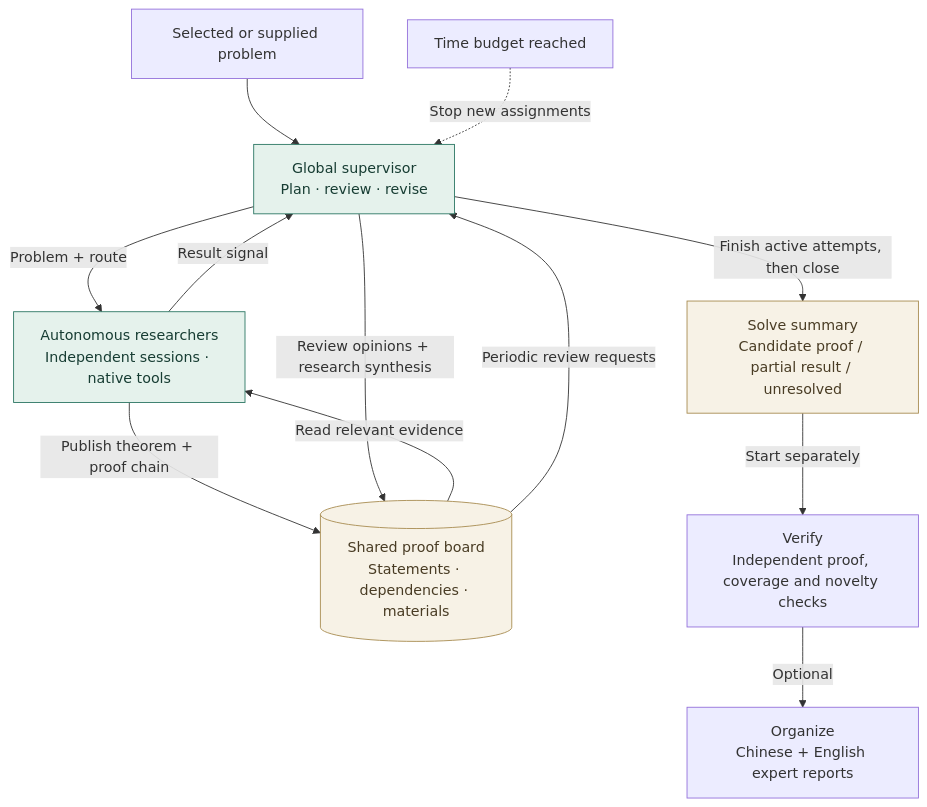
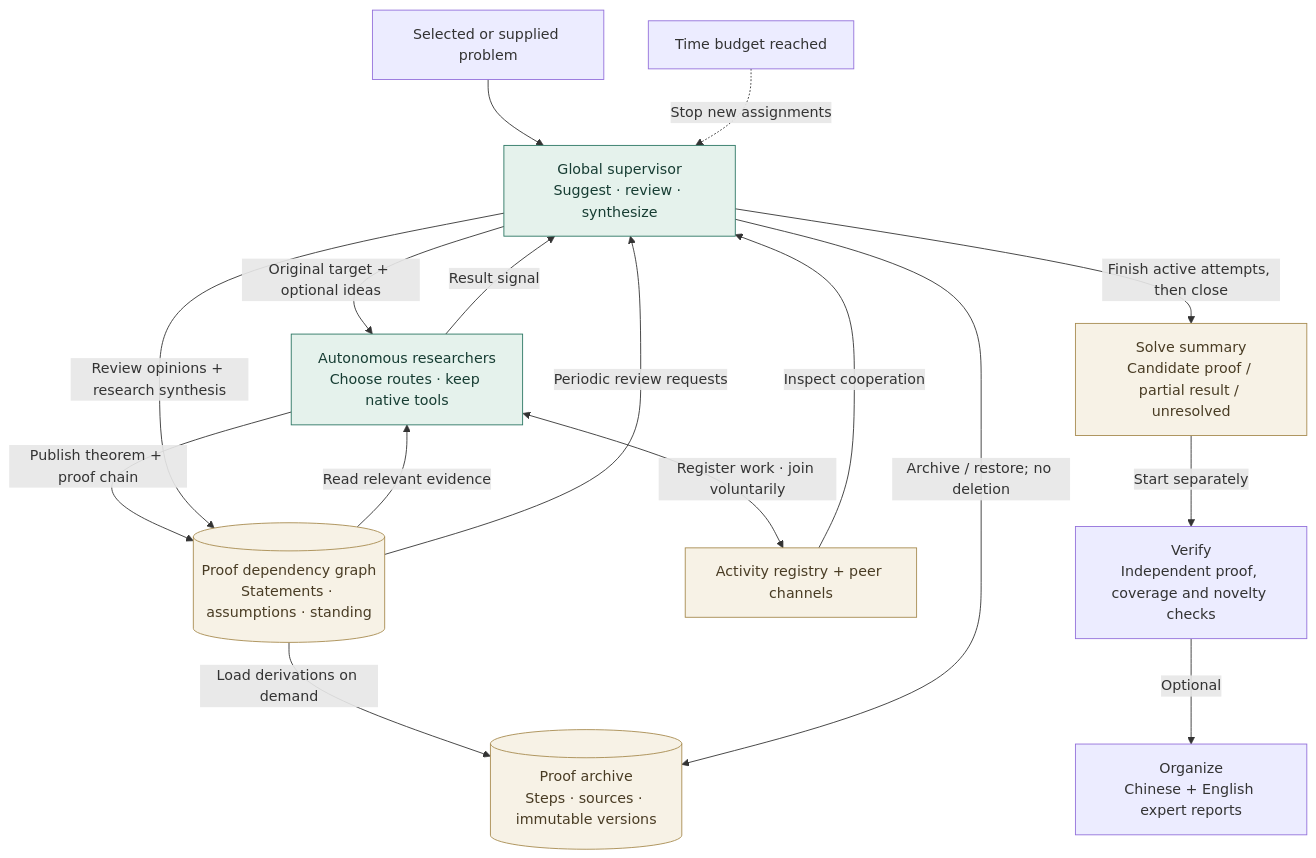
Before and after one commit to intern233/MathLottery: the diagram in README.md, drawn with Mermaid. The commit also changed other lines of this file and 75 other files, not shown here.

````diff
--- a/README.md
+++ b/README.md
@@ -50,18 +54,22 @@
 ```mermaid
 flowchart TD
-    P["Selected or supplied problem"] --> S["Global supervisor<br/>Plan · review · revise"]
-    S -->|"Problem + route"| R["Autonomous researchers<br/>Independent sessions · native tools"]
+    P["Selected or supplied problem"] --> S["Global supervisor<br/>Suggest · review · synthesize"]
+    S -->|"Original target + optional ideas"| R["Autonomous researchers<br/>Choose routes · keep native tools"]
     R -->|"Result signal"| S
-    R -->|"Publish theorem + proof chain"| B[("Shared proof board<br/>Statements · dependencies · materials")]
+    R -->|"Publish theorem + proof chain"| B[("Proof dependency graph<br/>Statements · assumptions · standing")]
+    B -->|"Load derivations on demand"| A[("Proof archive<br/>Steps · sources · immutable versions")]
+    R <-->|"Register work · join voluntarily"| C["Activity registry + peer channels"]
+    C -->|"Inspect cooperation"| S
+    S -->|"Archive / restore; no deletion"| A
     B -->|"Read relevant evidence"| R
     B -->|"Periodic review requests"| S
     S -->|"Review opinions + research synthesis"| B
     T["Time budget reached"] -.->|"Stop new assignments"| S
     S -->|"Finish active attempts, then close"| O["Solve summary<br/>Candidate proof / partial result / unresolved"]
     O -->|"Start separately"| V["Verify<br/>Independent proof, coverage and novelty checks"]
     V -->|"Optional"| H["Organize<br/>Chinese + English expert reports"]
     classDef agent fill:#e5f2ec,stroke:#2b7663,color:#173d33;
     classDef record fill:#f7f2e6,stroke:#a78b50,color:#493c24;
     class S,R agent;
-    class B,O record;
+    class B,O,A,C record;
 ```
````
